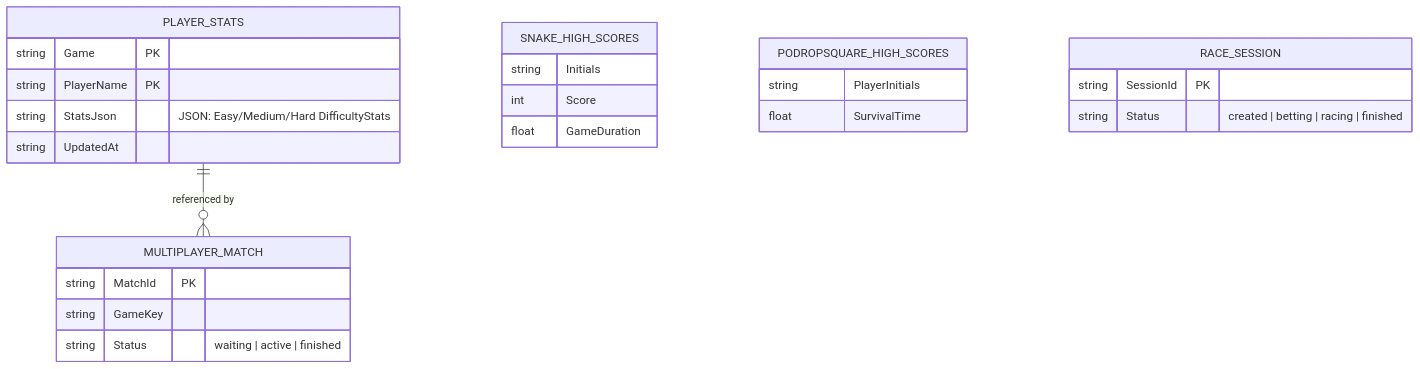
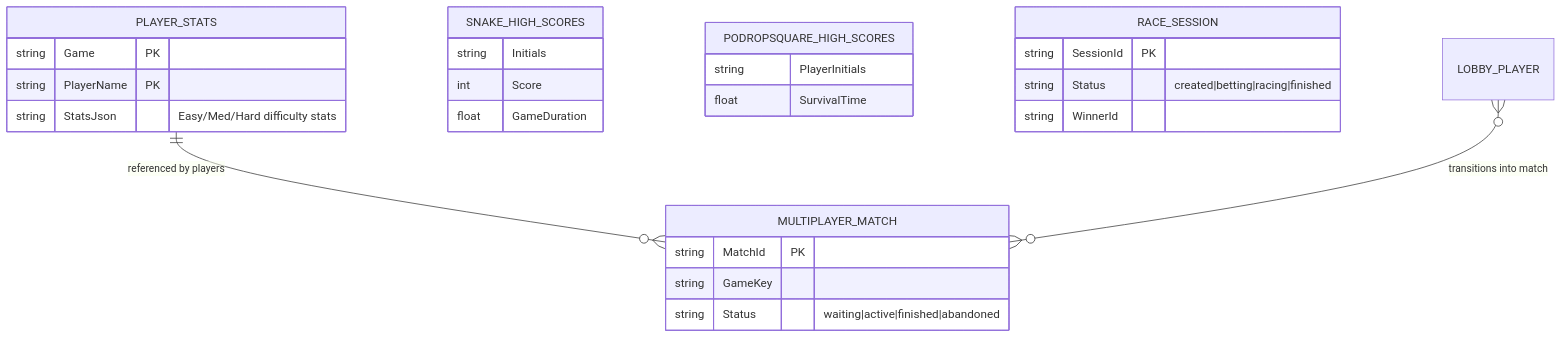
The diagram in docs/DataModel_SIMPLE.mmd (punkouter26/PoMiniGames), drawn with Mermaid before and after one commit. The commit also changed 138 other files, not shown here.

Commit message:
feat: modernize architecture docs, add DiagPage, GameErrorBoundary, MultiPlayerSelectPage, EloCalculator, new infra layout, gitignore improvements, adhoc tests cleanup

```diff
--- a/docs/DataModel_SIMPLE.mmd
+++ b/docs/DataModel_SIMPLE.mmd
@@ -1,26 +1,28 @@
 erDiagram
     PLAYER_STATS {
         string Game PK
         string PlayerName PK
-        string StatsJson "JSON: Easy/Medium/Hard DifficultyStats"
-        string UpdatedAt
+        string StatsJson "Easy/Med/Hard difficulty stats"
     }
     SNAKE_HIGH_SCORES {
         string Initials
         int Score
         float GameDuration
     }
     PODROPSQUARE_HIGH_SCORES {
         string PlayerInitials
         float SurvivalTime
     }
     MULTIPLAYER_MATCH {
         string MatchId PK
         string GameKey
-        string Status "waiting | active | finished"
+        string Status "waiting|active|finished|abandoned"
     }
     RACE_SESSION {
         string SessionId PK
-        string Status "created | betting | racing | finished"
+        string Status "created|betting|racing|finished"
+        string WinnerId
     }
-    PLAYER_STATS ||--o{ MULTIPLAYER_MATCH : "referenced by"
+
+    PLAYER_STATS ||--o{ MULTIPLAYER_MATCH : "referenced by players"
+    LOBBY_PLAYER }o--o{ MULTIPLAYER_MATCH : "transitions into match"
```
